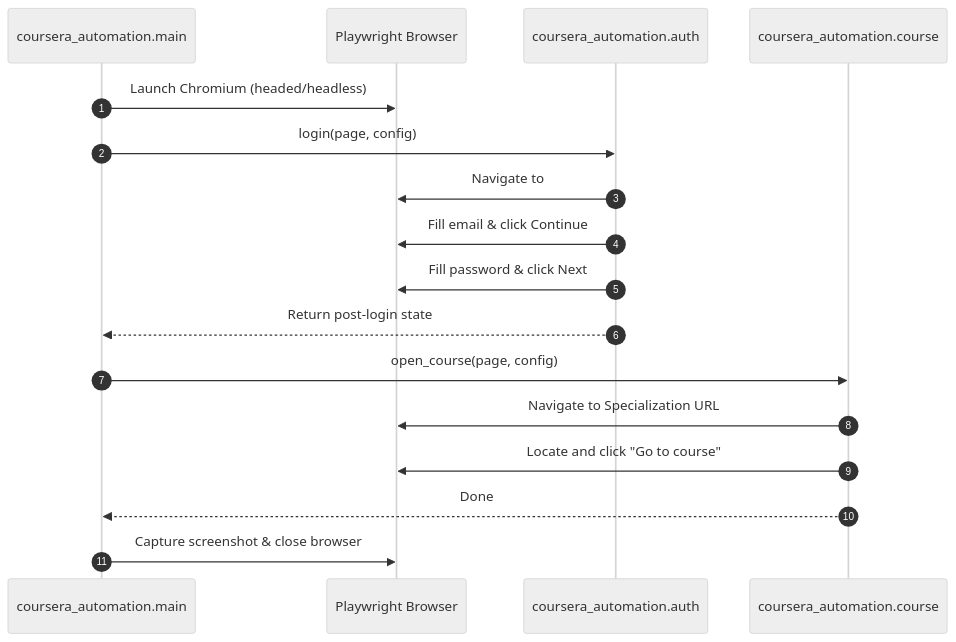
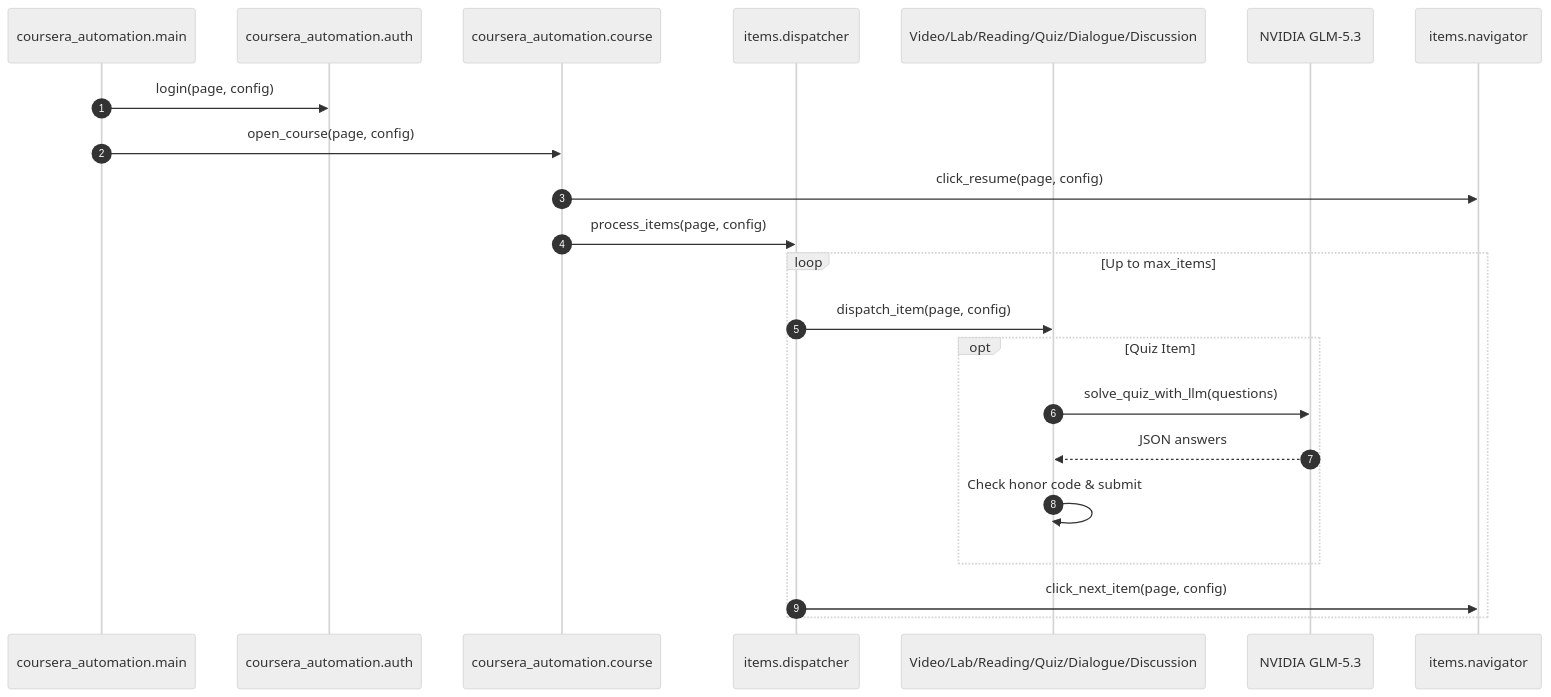
Before and after one commit to Deekshika03/coursera: the diagram in docs/ARCHITECTURE.md, drawn with Mermaid (neutral theme). The commit also changed other lines of this file and 27 other files, not shown here.

Commit message:
feat: add automation handlers for course learning items including videos, labs, discussions, and AI quiz solver

````diff
--- a/docs/ARCHITECTURE.md
+++ b/docs/ARCHITECTURE.md
@@ -16,20 +7,25 @@
 ```mermaid
 sequenceDiagram
     autonumber
     participant Main as coursera_automation.main
-    participant Playwright as Playwright Browser
     participant Auth as coursera_automation.auth
     participant Course as coursera_automation.course
+    participant Disp as items.dispatcher
+    participant Item as Video/Lab/Reading/Quiz/Dialogue/Discussion
+    participant LLM as NVIDIA GLM-5.3
+    participant Nav as items.navigator
 
-    Main->>Playwright: Launch Chromium (headed/headless)
     Main->>Auth: login(page, config)
-    Auth->>Playwright: Navigate to #authMode=login
-    Auth->>Playwright: Fill email & click Continue
-    Auth->>Playwright: Fill password & click Next
-    Auth-->>Main: Return post-login state
     Main->>Course: open_course(page, config)
-    Course->>Playwright: Navigate to Specialization URL
-    Course->>Playwright: Locate and click "Go to course"
-    Course-->>Main: Done
-    Main->>Playwright: Capture screenshot & close browser
+    Course->>Nav: click_resume(page, config)
+    Course->>Disp: process_items(page, config)
+    loop Up to max_items
+        Disp->>Item: dispatch_item(page, config)
+        opt Quiz Item
+            Item->>LLM: solve_quiz_with_llm(questions)
+            LLM-->>Item: JSON answers
+            Item->>Item: Check honor code & submit
+        end
+        Disp->>Nav: click_next_item(page, config)
+    end
 ```
````
